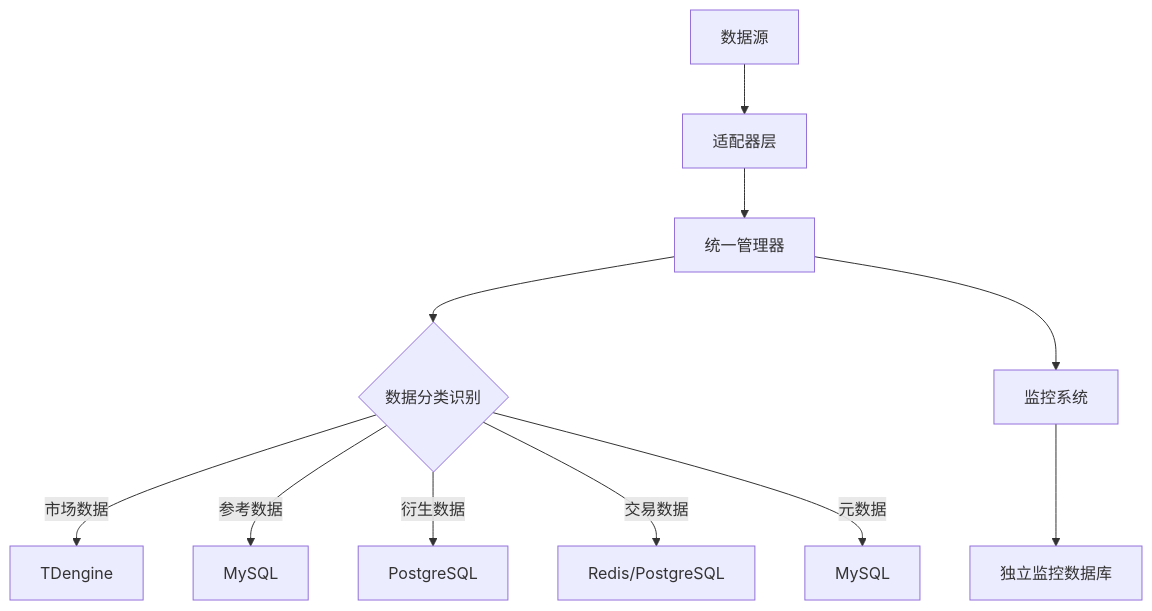
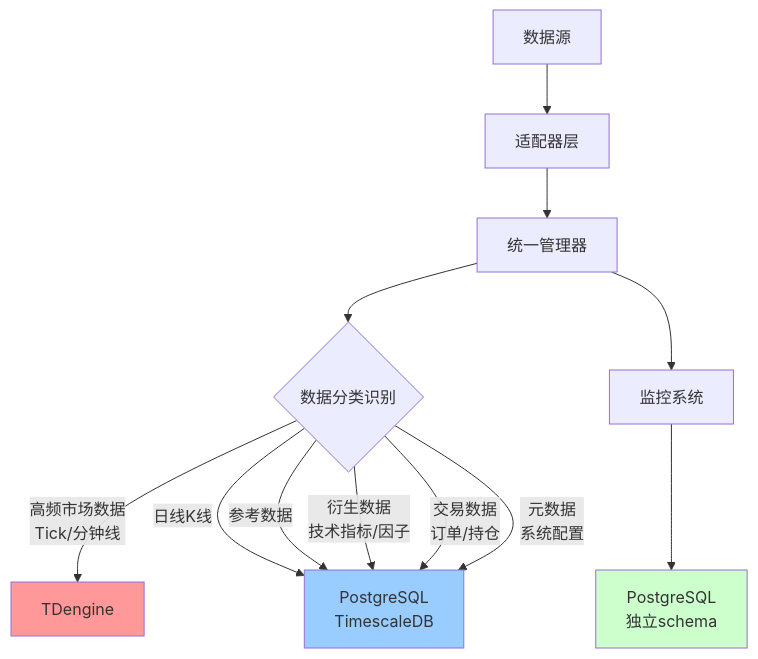
One commit to chengjon/mystocks changed the diagram in README.md. Above: the diagram before and after it, drawn with Mermaid. The commit also changed other lines of this file and 8 other files, not shown here.

````diff
--- a/README.md
+++ b/README.md
@@ -119,13 +170,18 @@
 ```mermaid
 graph TD
     A[数据源] --> B[适配器层]
     B --> C[统一管理器]
     C --> D{数据分类识别}
-    D -->|市场数据| E[TDengine]
-    D -->|参考数据| F[MySQL]
-    D -->|衍生数据| G[PostgreSQL]
-    D -->|交易数据| H[Redis/PostgreSQL]
-    D -->|元数据| I[MySQL]
-    J[监控系统] --> K[独立监控数据库]
+    D -->|高频市场数据<br/>Tick/分钟线| E[TDengine]
+    D -->|日线K线| F[PostgreSQL<br/>TimescaleDB]
+    D -->|参考数据| F
+    D -->|衍生数据<br/>技术指标/因子| F
+    D -->|交易数据<br/>订单/持仓| F
+    D -->|元数据<br/>系统配置| F
+    J[监控系统] --> K[PostgreSQL<br/>独立schema]
     C --> J
+
+    style E fill:#ff9999
+    style F fill:#99ccff
+    style K fill:#ccffcc
 ```
````
